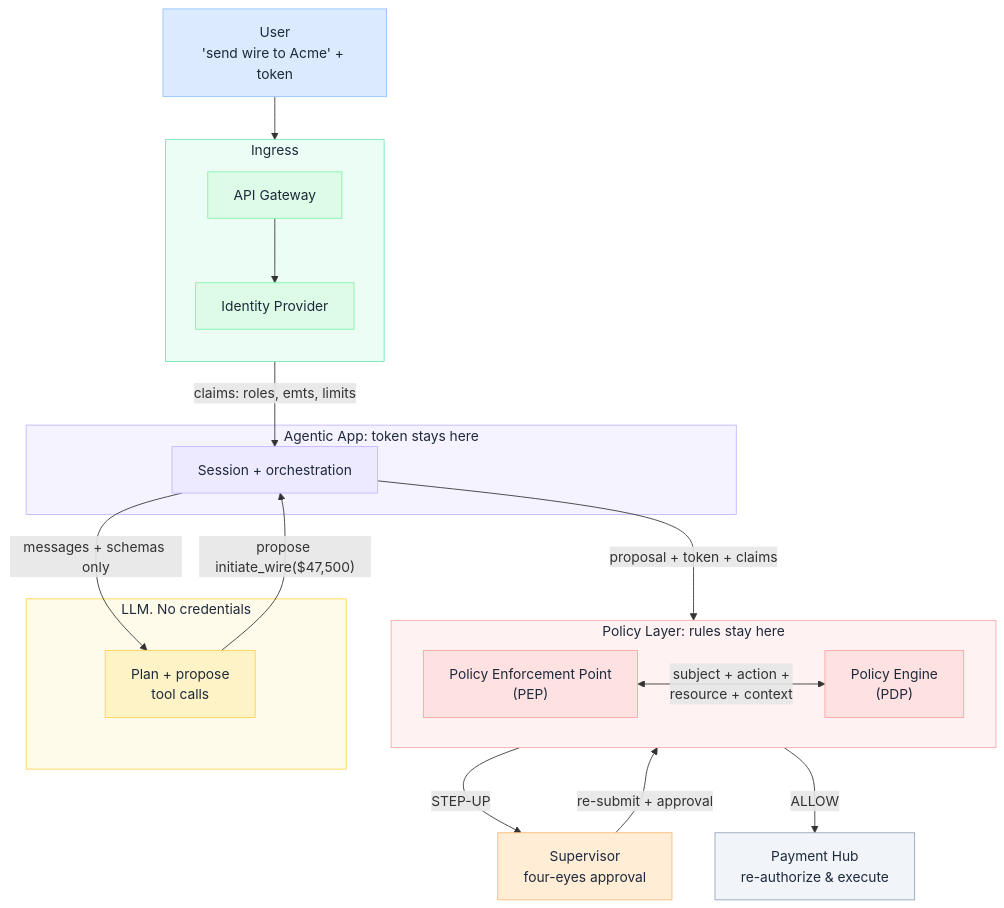
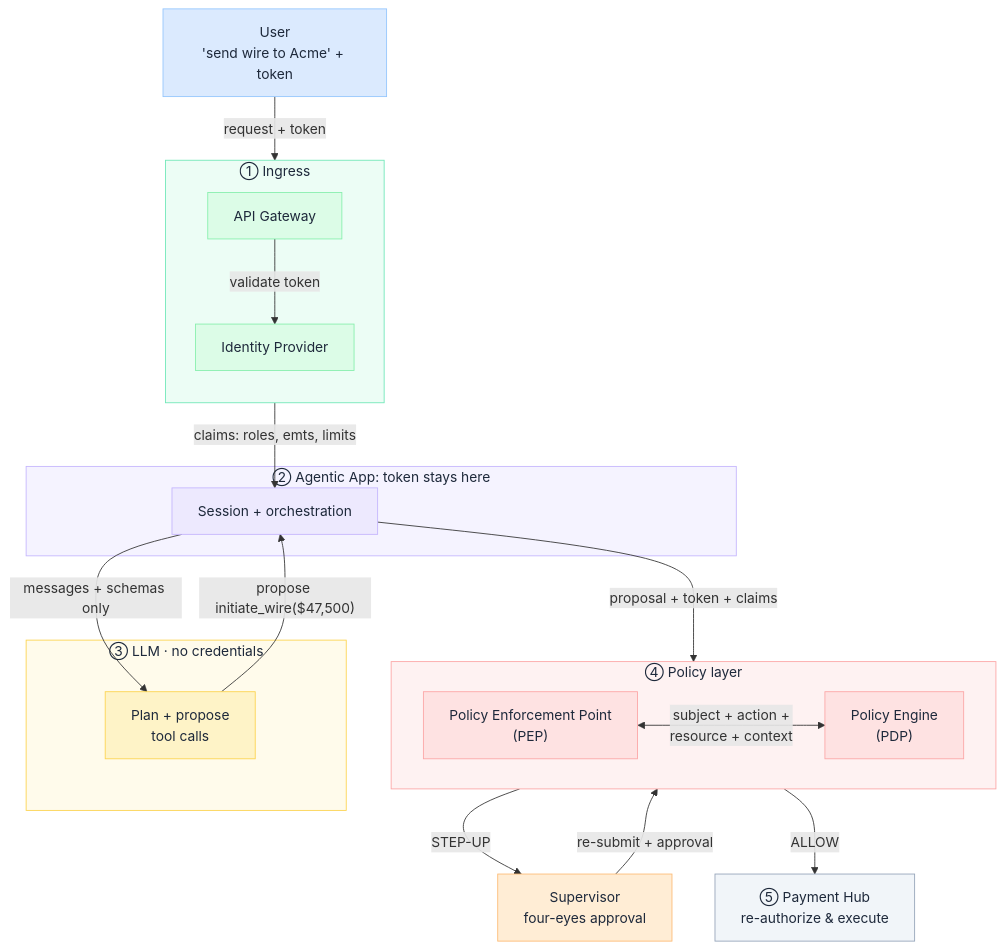
Before and after one commit to iamsharmajitender/gain: the first of 2 diagrams in docs/insights/2026-06-25-policy-governed-agent-runtime/policy-governed-agent-runtime.mdx, drawn with Mermaid. The commit also changed other lines of this file and 134 other files, not shown here.

````diff
--- a/docs/insights/2026-06-25-policy-governed-agent-runtime/policy-governed-agent-runtime.mdx
+++ b/docs/insights/2026-06-25-policy-governed-agent-runtime/policy-governed-agent-runtime.mdx
@@ -42,61 +44,61 @@
 ```mermaid
 flowchart TB
     U["User<br/>'send wire to Acme' + token"]
 
-    subgraph ingress["Ingress"]
+    subgraph ingress["① Ingress"]
         direction TB
         GW["API Gateway"]
         IdP["Identity Provider"]
-        GW --> IdP
+        GW -->|"validate token"| IdP
     end
 
-    subgraph agentic["Agentic App: token stays here"]
+    subgraph agentic["② Agentic App: token stays here"]
         App["Session + orchestration"]
     end
 
-    subgraph llm_zone["LLM. No credentials"]
+    subgraph llm_zone["③ LLM · no credentials"]
         M["Plan + propose<br/>tool calls"]
     end
 
-    subgraph policy["Policy Layer: rules stay here"]
+    subgraph policy["④ Policy layer"]
         direction LR
         PEP["Policy Enforcement Point<br/>(PEP)"]
         PDP["Policy Engine<br/>(PDP)"]
         PEP <-->|"subject + action +<br/>resource + context"| PDP
     end
 
     StepUp["Supervisor<br/>four-eyes approval"]
-    SVC["Payment Hub<br/>re-authorize & execute"]
+    SVC["⑤ Payment Hub<br/>re-authorize & execute"]
 
-    U --> GW
+    U -->|"request + token"| GW
     IdP -->|"claims: roles, emts, limits"| App
 
     App -->|"messages + schemas only"| M
     M -->|"propose initiate_wire($47,500)"| App
 
     App -->|"proposal + token + claims"| PEP
     PEP -->|"STEP-UP"| StepUp
     StepUp -->|"re-submit + approval"| PEP
     PEP -->|"ALLOW"| SVC
 
     classDef user fill:#dbeafe,stroke:#93c5fd,color:#1e293b
     classDef ingress fill:#dcfce7,stroke:#86efac,color:#1e293b
     classDef app fill:#ede9fe,stroke:#c4b5fd,color:#1e293b
     classDef llm fill:#fef3c7,stroke:#fcd34d,color:#1e293b
     classDef policy fill:#fee2e2,stroke:#fca5a5,color:#1e293b
     classDef stepup fill:#ffedd5,stroke:#fdba74,color:#1e293b
     classDef service fill:#f1f5f9,stroke:#94a3b8,color:#1e293b
 
     class U user
     class GW,IdP ingress
     class App app
     class M llm
     class PEP,PDP policy
     class StepUp stepup
     class SVC service
 
     style ingress fill:#ecfdf5,stroke:#6ee7b7,color:#1e293b
     style agentic fill:#f5f3ff,stroke:#c4b5fd,color:#1e293b
     style llm_zone fill:#fffbeb,stroke:#fcd34d,color:#1e293b
     style policy fill:#fef2f2,stroke:#fca5a5,color:#1e293b
 ```
````
